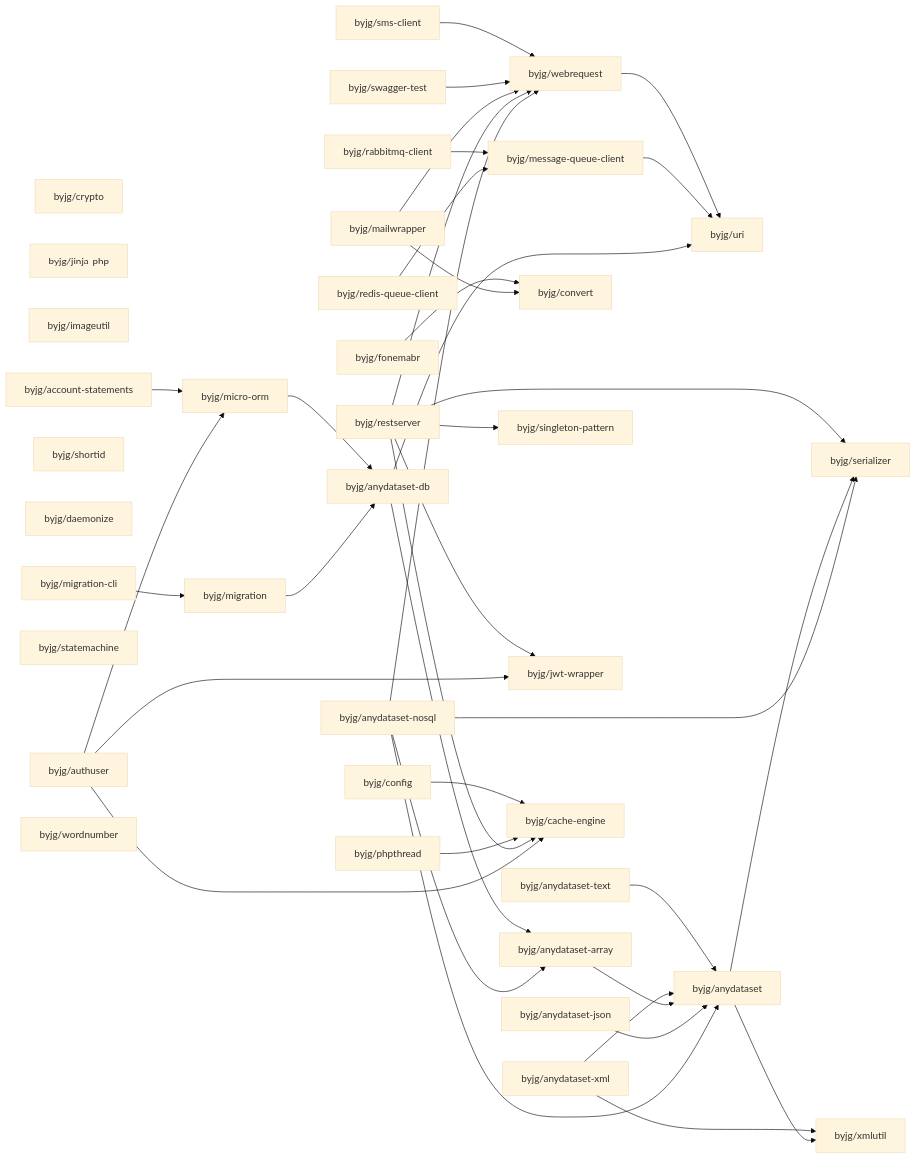
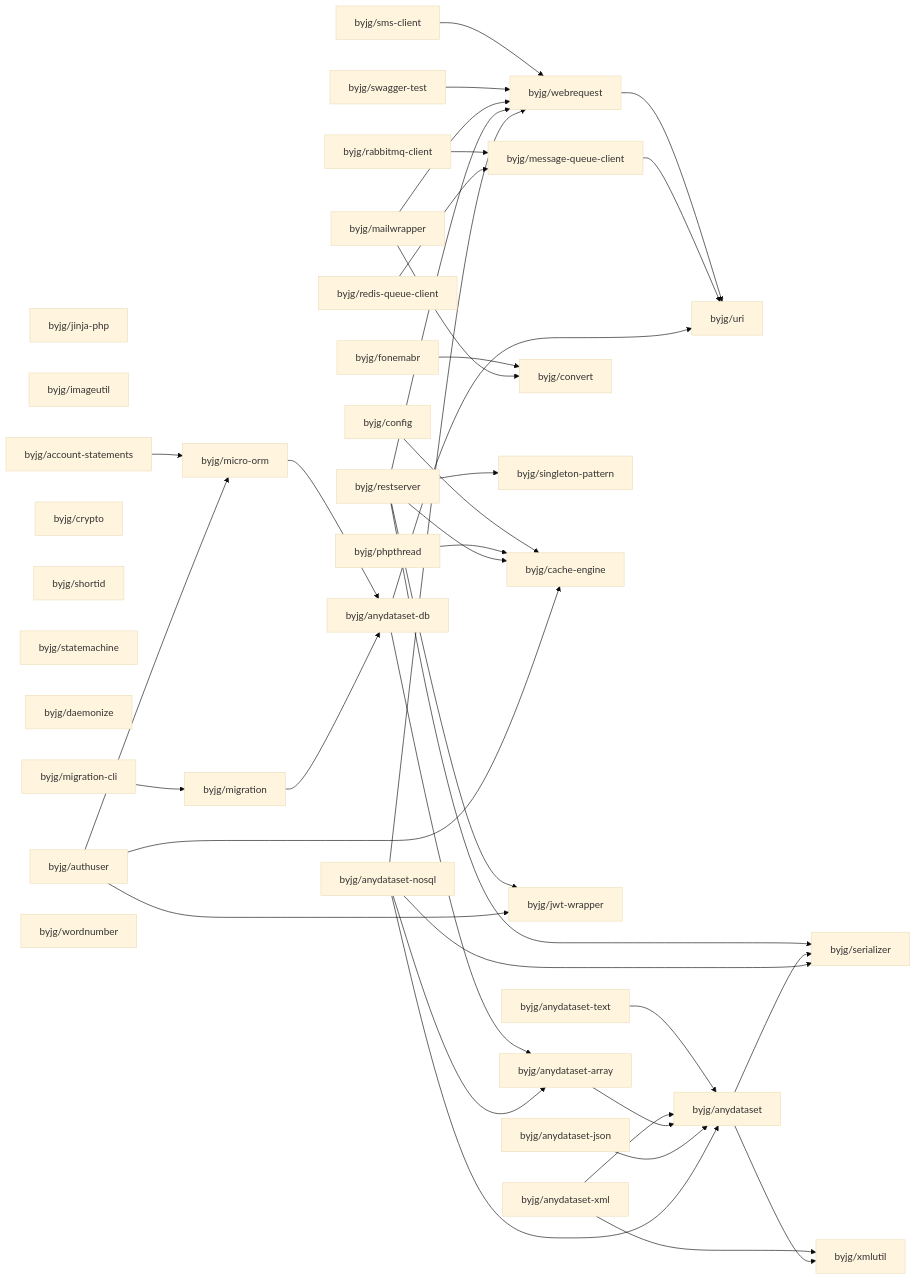
The diagram in php/README.md (byjg/byjg.github.io), drawn with Mermaid (base theme) before and after one commit. The commit also changed other lines of this file and 1 other file, not shown here.

Commit message:
Update documentation 'php' 'php-migration'

````diff
--- a/php/README.md
+++ b/php/README.md
@@ -3,76 +3,76 @@
 ```mermaid
 graph LR;
+  byjg/jinja-php;
+  byjg/mailwrapper;
+  byjg/swagger-test;
+  byjg/sms-client;
+  byjg/imageutil;
+  byjg/anydataset-text;
+  byjg/authuser;
+  byjg/crypto;
+  byjg/shortid;
+  byjg/anydataset-json;
   byjg/config;
-  byjg/crypto;
+  byjg/statemachine;
+  byjg/redis-queue-client;
+  byjg/fonemabr;
+  byjg/phpthread;
+  byjg/anydataset-xml;
+  byjg/daemonize;
+  byjg/restserver;
+  byjg/account-statements;
+  byjg/migration-cli;
+  byjg/rabbitmq-client;
   byjg/anydataset-nosql;
-  byjg/jinja-php;
-  byjg/swagger-test;
-  byjg/imageutil;
-  byjg/anydataset-json;
-  byjg/authuser;
-  byjg/mailwrapper;
-  byjg/redis-queue-client;
-  byjg/shortid;
-  byjg/fonemabr;
-  byjg/daemonize;
-  byjg/rabbitmq-client;
-  byjg/account-statements;
-  byjg/statemachine;
-  byjg/anydataset-xml;
-  byjg/migration-cli;
-  byjg/anydataset-text;
-  byjg/restserver;
-  byjg/sms-client;
   byjg/wordnumber;
-  byjg/phpthread;
   byjg/convert;
-  byjg/message-queue-client;
+  byjg/singleton-pattern;
+  byjg/cache-engine;
+  byjg/jwt-wrapper;
   byjg/micro-orm;
   byjg/migration;
-  byjg/singleton-pattern;
-  byjg/jwt-wrapper;
+  byjg/message-queue-client;
   byjg/webrequest;
-  byjg/cache-engine;
   byjg/anydataset-db;
   byjg/anydataset-array;
   byjg/uri;
   byjg/anydataset;
   byjg/serializer;
   byjg/xmlutil;
   byjg/sms-client --> byjg/webrequest;
   byjg/fonemabr --> byjg/convert;
   byjg/config --> byjg/cache-engine;
   byjg/anydataset-text --> byjg/anydataset;
   byjg/webrequest --> byjg/uri;
   byjg/account-statements --> byjg/micro-orm;
   byjg/rabbitmq-client --> byjg/message-queue-client;
   byjg/micro-orm --> byjg/anydataset-db;
   byjg/phpthread --> byjg/cache-engine;
   byjg/swagger-test --> byjg/webrequest;
   byjg/anydataset-xml --> byjg/anydataset;
   byjg/anydataset-xml --> byjg/xmlutil;
   byjg/anydataset-array --> byjg/anydataset;
   byjg/mailwrapper --> byjg/convert;
   byjg/mailwrapper --> byjg/webrequest;
   byjg/message-queue-client --> byjg/uri;
   byjg/anydataset-db --> byjg/anydataset-array;
   byjg/anydataset-db --> byjg/uri;
   byjg/anydataset-json --> byjg/anydataset;
   byjg/migration --> byjg/anydataset-db;
   byjg/redis-queue-client --> byjg/message-queue-client;
   byjg/restserver --> byjg/serializer;
   byjg/restserver --> byjg/singleton-pattern;
   byjg/restserver --> byjg/cache-engine;
   byjg/restserver --> byjg/webrequest;
   byjg/restserver --> byjg/jwt-wrapper;
   byjg/authuser --> byjg/micro-orm;
   byjg/authuser --> byjg/cache-engine;
   byjg/authuser --> byjg/jwt-wrapper;
   byjg/migration-cli --> byjg/migration;
   byjg/anydataset --> byjg/serializer;
   byjg/anydataset --> byjg/xmlutil;
   byjg/anydataset-nosql --> byjg/anydataset;
   byjg/anydataset-nosql --> byjg/anydataset-array;
   byjg/anydataset-nosql --> byjg/serializer;
   byjg/anydataset-nosql --> byjg/webrequest;
 ```
````
